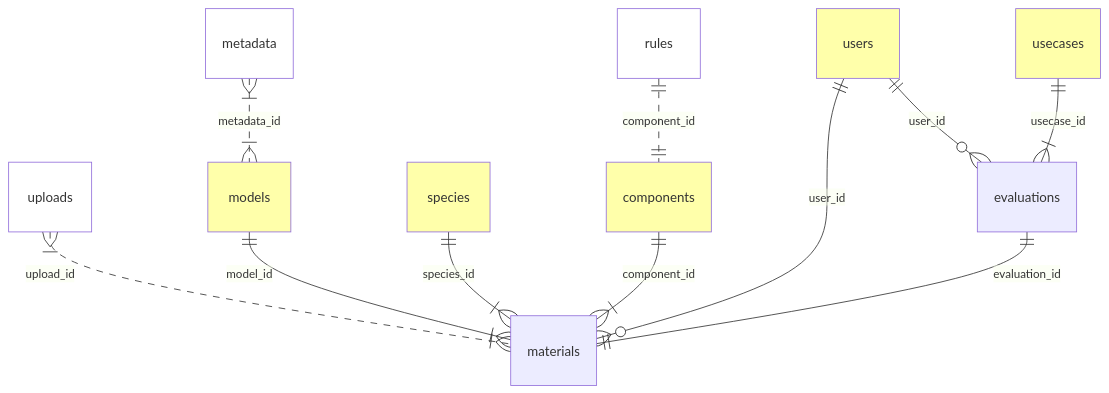
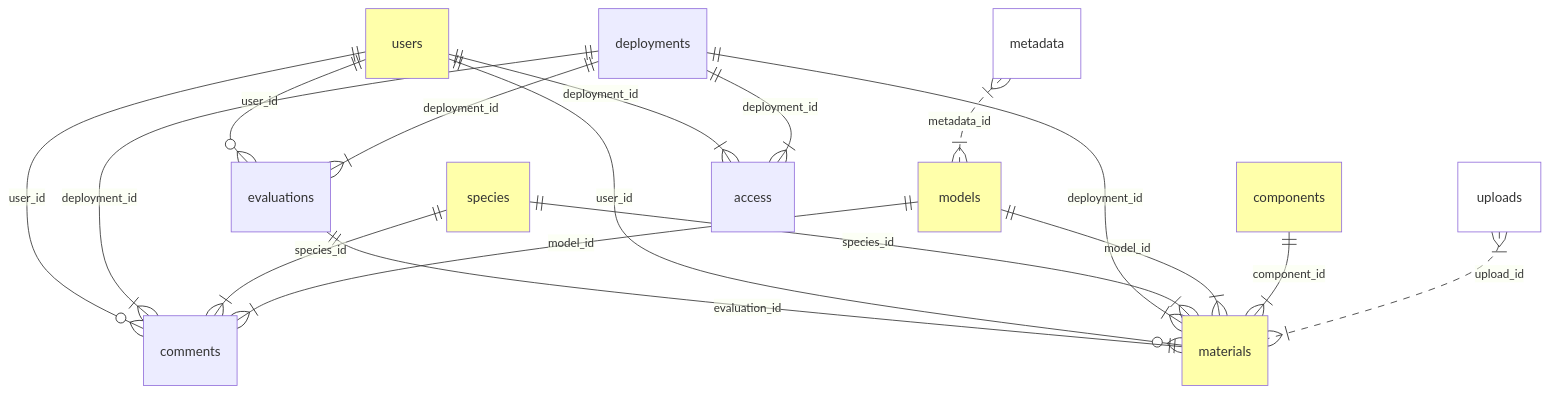
The diagram in spec/README.Rmd (LandSciTech/sdmEvaluationTool), drawn with Mermaid before and after one commit. The commit also changed other lines of this file and 2 other files, not shown here.

Commit message:
Add deployments

````diff
--- a/spec/README.Rmd
+++ b/spec/README.Rmd
@@ -102,24 +102,35 @@
 ```mermaid
 erDiagram
+
+    models ||--|{ comments : model_id
+    species ||--|{ comments : species_id
+
     uploads }|..|{ materials : upload_id
     style uploads fill:#fff
+    components ||--|{ materials : component_id
+    style components fill:#ffa
+    style materials fill:#ffa
+
     metadata }|..|{ models : metadata_id
     style metadata fill:#fff
 
     models ||--|{ materials : model_id
     style models fill:#ffa
     species ||--|{ materials : species_id
     style species fill:#ffa
 
-    rules ||..|| components : component_id
-    style rules fill:#fff
-    components ||--|{ materials : component_id
-    style components fill:#ffa
+    deployments ||--|{ materials : deployment_id
+    deployments ||--|{ comments : deployment_id
+    deployments ||--|{ evaluations : deployment_id
+    deployments ||--|{ access : deployment_id
+    users ||--|{ access : deployment_id
+    style users fill:#ffa
+
+
     users ||--o{ materials : user_id
     style users fill:#ffa
     users ||--o{ evaluations : user_id
 
-    usecases ||--|{ evaluations : usecase_id
-    style usecases fill:#ffa
     evaluations ||--|| materials : evaluation_id
+    users ||--o{ comments : user_id
 ```
````
